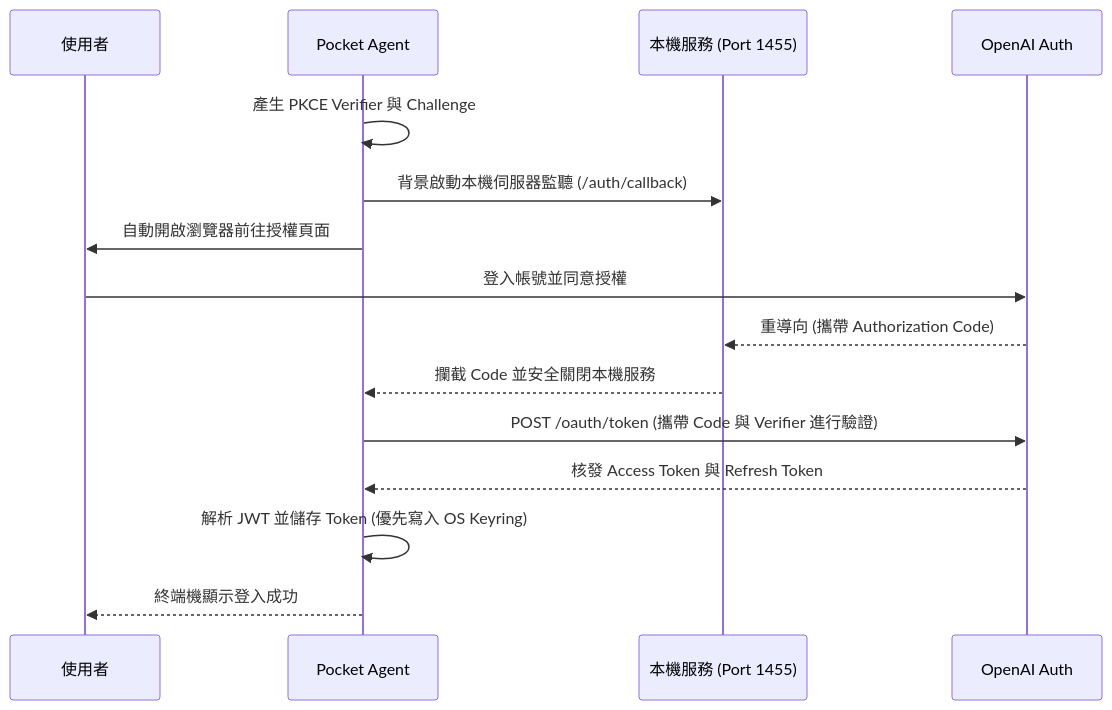
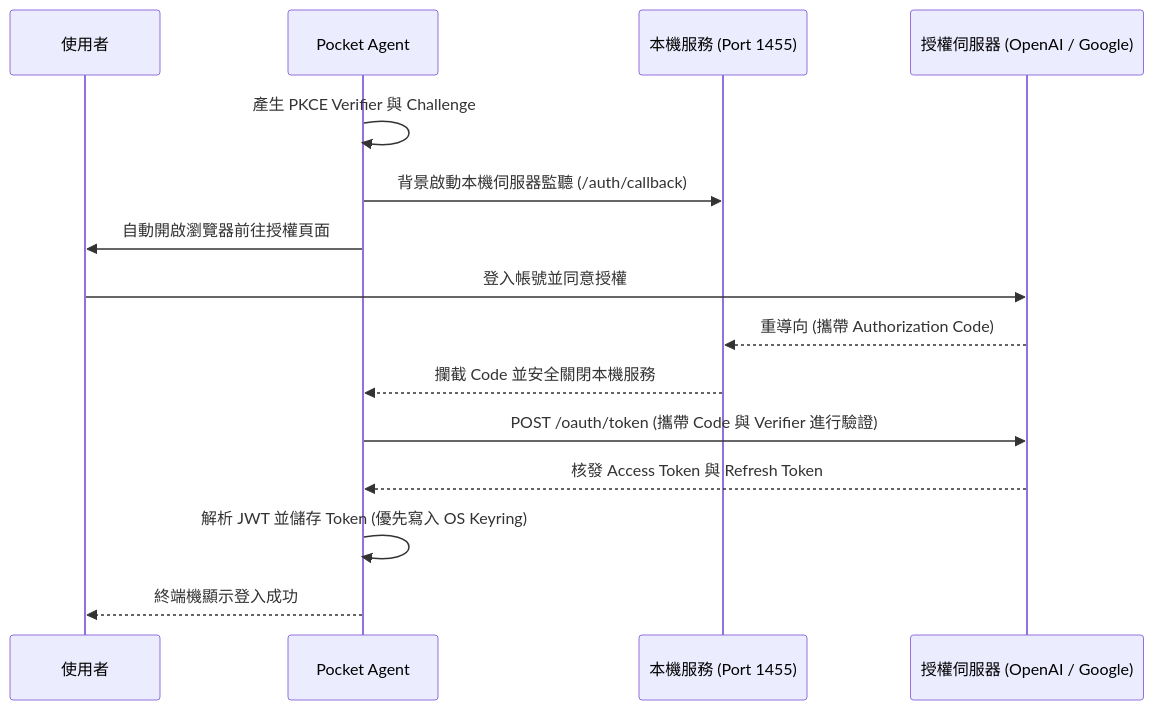
Before and after one commit to zanta0529/pocket-agent: the diagram in docs/oauth-mechanism.md, drawn with Mermaid. The commit also changed other lines of this file and 1 other file, not shown here.

Commit message:
docs(architecture): update LLM adapter and OAuth documentation for multi-provider support
Update llm-adapter-architecture.md and oauth-mechanism.md to document the
expanded integration of multiple LLM providers (Google Gemini, Groq,
SambaNova, and Mistral) and generalized OAuth authentication mechanisms.

````diff
--- a/docs/oauth-mechanism.md
+++ b/docs/oauth-mechanism.md
@@ -11,18 +11,18 @@
 ```mermaid
 sequenceDiagram
     participant User as 使用者
     participant Agent as Pocket Agent
     participant Local as 本機服務 (Port 1455)
-    participant OpenAI as OpenAI Auth
+    participant Auth as 授權伺服器 (OpenAI / Google)
 
     Agent->>Agent: 產生 PKCE Verifier 與 Challenge
     Agent->>Local: 背景啟動本機伺服器監聽 (/auth/callback)
     Agent->>User: 自動開啟瀏覽器前往授權頁面
-    User->>OpenAI: 登入帳號並同意授權
-    OpenAI-->>Local: 重導向 (攜帶 Authorization Code)
+    User->>Auth: 登入帳號並同意授權
+    Auth-->>Local: 重導向 (攜帶 Authorization Code)
     Local-->>Agent: 攔截 Code 並安全關閉本機服務
-    Agent->>OpenAI: POST /oauth/token (攜帶 Code 與 Verifier 進行驗證)
-    OpenAI-->>Agent: 核發 Access Token 與 Refresh Token
+    Agent->>Auth: POST /oauth/token (攜帶 Code 與 Verifier 進行驗證)
+    Auth-->>Agent: 核發 Access Token 與 Refresh Token
     Agent->>Agent: 解析 JWT 並儲存 Token (優先寫入 OS Keyring)
     Agent-->>User: 終端機顯示登入成功
 ```
````
